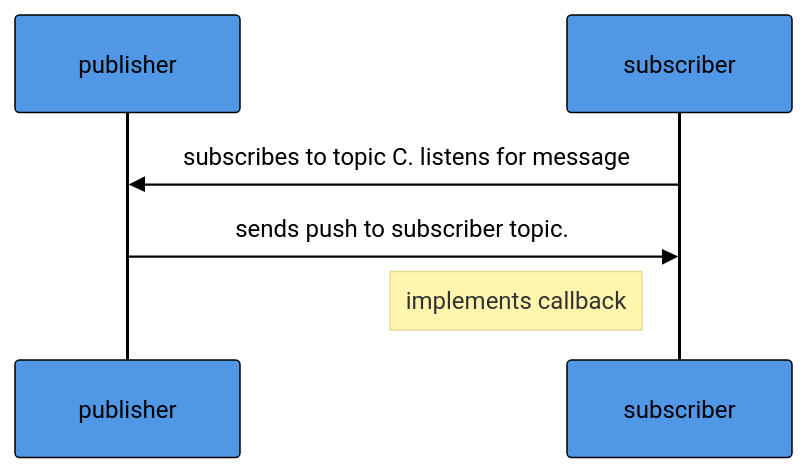
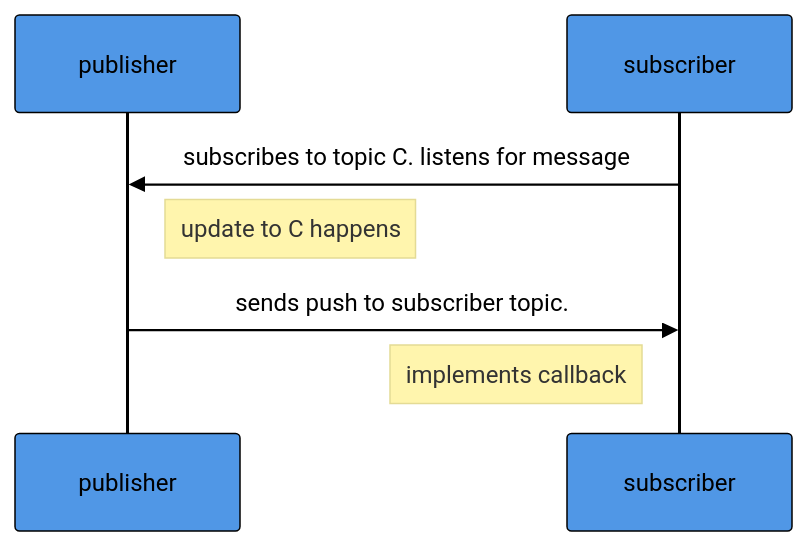
One commit to TBD54566975/technical-proposals changed the eighth of 13 diagrams in tp019/README.md. Above: the diagram before and after it, drawn with Mermaid. The commit also changed other lines of this file, not shown here.

````diff
--- a/tp019/README.md
+++ b/tp019/README.md
@@ -315,23 +359,24 @@
 ```mermaid 
 %%{
   init: {
     'theme': 'base',
     'themeVariables': {
       'primaryColor': '#5097E6',
       'background': '#fff',
       'primaryTextColor': 'black',
       'primaryBorderColor': 'black',
       'lineColor': 'black',
       'secondaryColor': 'white',
       'tertiaryColor': '#fff'
     }
   }
 }%%
 sequenceDiagram
   participant publisher
   participant subscriber
   
   subscriber ->> publisher : subscribes to topic C. listens for message
+  note right of publisher: update to C happens
   publisher ->> subscriber : sends push to subscriber topic. 
   note left of subscriber: implements callback
 ```
````
